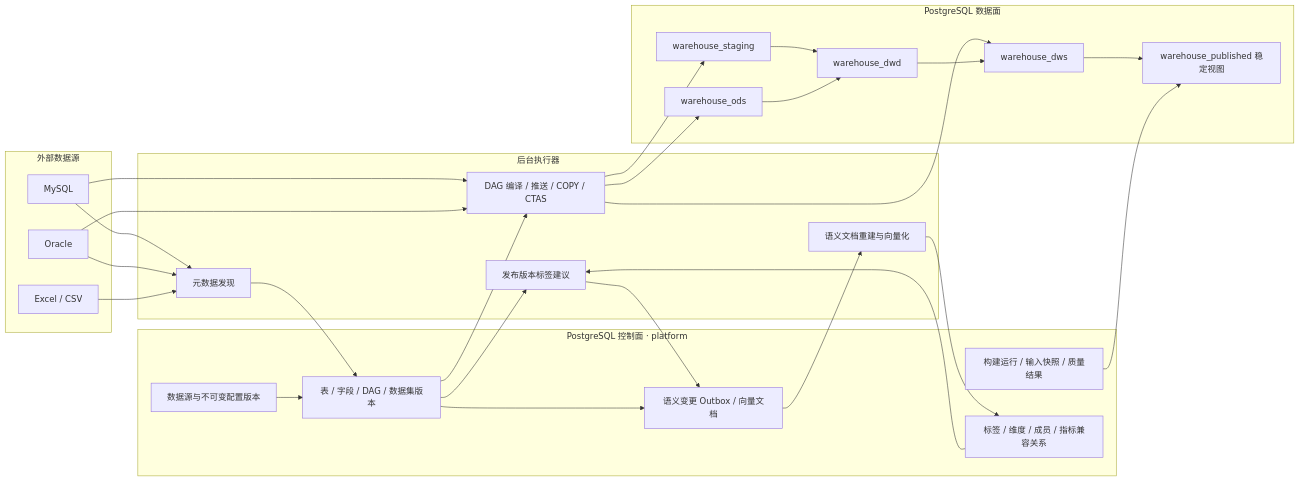
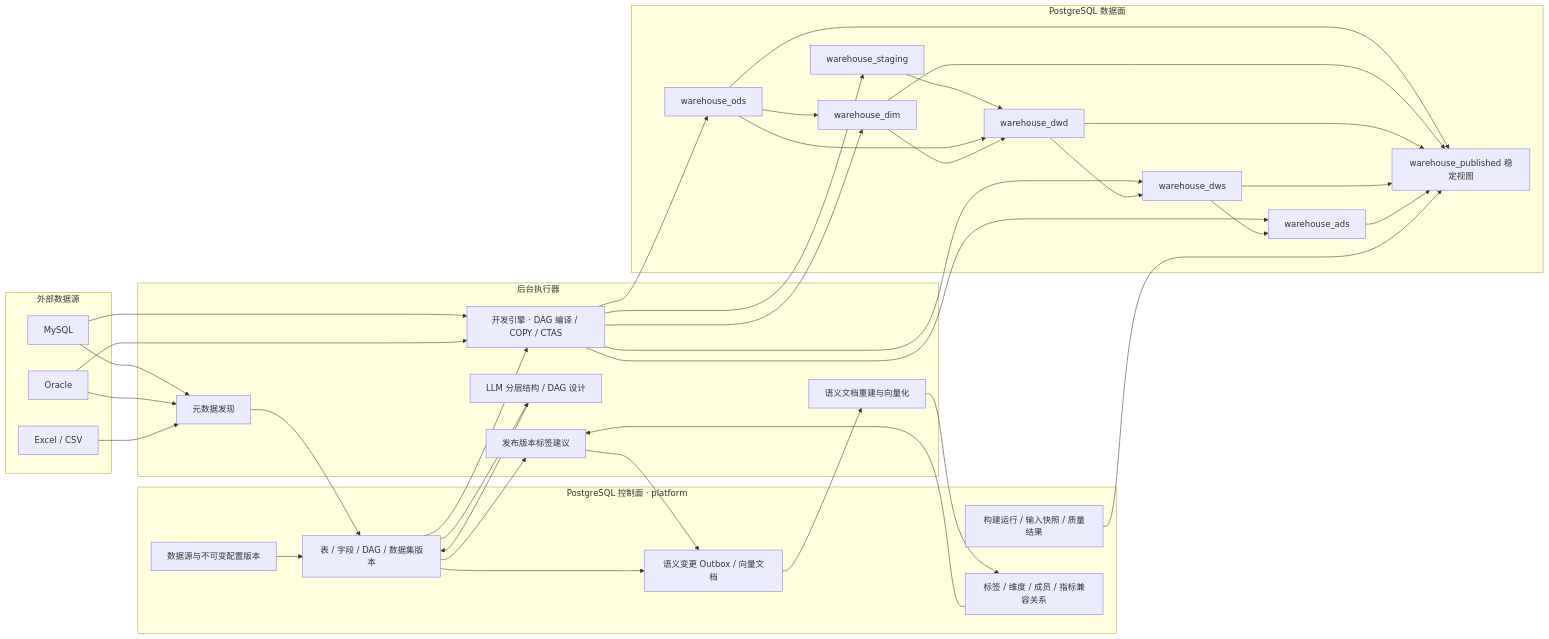
The first of 2 diagrams in docs/layered-data-platform-architecture.md (331819353/intelligent_report_generation_system), drawn with Mermaid before and after one commit. The commit also changed other lines of this file and 133 other files, not shown here.

````diff
--- a/docs/layered-data-platform-architecture.md
+++ b/docs/layered-data-platform-architecture.md
@@ -7,49 +12,63 @@
 ```mermaid
 flowchart LR
   subgraph Source["外部数据源"]
     MySQL
     Oracle
     Excel["Excel / CSV"]
   end
 
   subgraph Control["PostgreSQL 控制面 · platform"]
     DS["数据源与不可变配置版本"]
     Catalog["表 / 字段 / DAG / 数据集版本"]
     Build["构建运行 / 输入快照 / 质量结果"]
     Semantic["标签 / 维度 / 成员 / 指标兼容关系"]
     Outbox["语义变更 Outbox / 向量文档"]
   end
 
   subgraph Data["PostgreSQL 数据面"]
     Stage["warehouse_staging"]
     ODS["warehouse_ods"]
+    DIM["warehouse_dim"]
     DWD["warehouse_dwd"]
     DWS["warehouse_dws"]
+    ADS["warehouse_ads"]
     Published["warehouse_published 稳定视图"]
   end
 
   subgraph Worker["后台执行器"]
     Metadata["元数据发现"]
     TagSuggest["发布版本标签建议"]
-    Builder["DAG 编译 / 推送 / COPY / CTAS"]
+    Modeler["LLM 分层结构 / DAG 设计"]
+    Builder["开发引擎 · DAG 编译 / COPY / CTAS"]
     Embed["语义文档重建与向量化"]
   end
 
   MySQL --> Metadata
   Oracle --> Metadata
   Excel --> Metadata
   Metadata --> Catalog
+  Catalog --> Modeler --> Catalog
   Catalog --> Builder
   MySQL --> Builder
   Oracle --> Builder
   Builder --> Stage --> DWD
   Builder --> ODS
+  Builder --> DIM
   Builder --> DWS
-  ODS --> DWD --> DWS --> Published
+  Builder --> ADS
+  ODS --> DIM
+  ODS --> DWD
+  DIM --> DWD
+  DWD --> DWS --> ADS
+  ODS --> Published
+  DIM --> Published
+  DWD --> Published
+  DWS --> Published
+  ADS --> Published
   Catalog --> TagSuggest
   Semantic --> TagSuggest
   TagSuggest --> Outbox
   Catalog --> Outbox --> Embed --> Semantic
   DS --> Catalog
   Build --> Published
 ```
````
